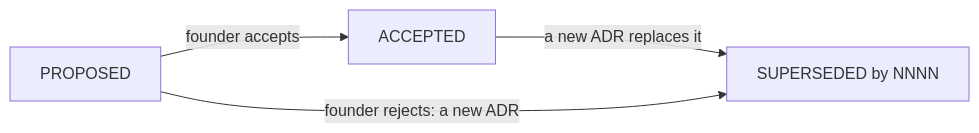
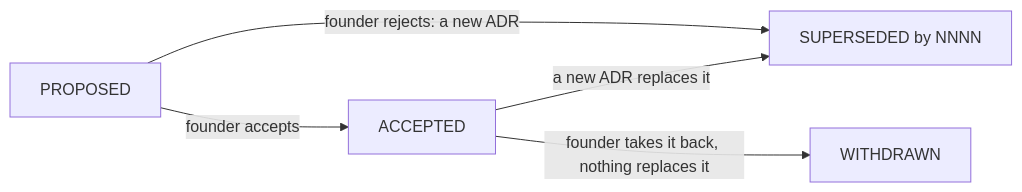
One commit to vpangalis/agentlean changed the diagram in agent-improve/docs/adr/README.md. Above: the diagram before and after it, drawn with Mermaid. The commit also changed other lines of this file and 18 other files, not shown here.

````diff
--- a/agent-improve/docs/adr/README.md
+++ b/agent-improve/docs/adr/README.md
@@ -19,6 +19,7 @@
 ```mermaid
 flowchart LR
   P[PROPOSED] -- "founder accepts" --> A[ACCEPTED]
   A -- "a new ADR replaces it" --> S["SUPERSEDED by NNNN"]
   P -- "founder rejects: a new ADR" --> S
+  A -- "founder takes it back, nothing replaces it" --> W[WITHDRAWN]
 ```
````
